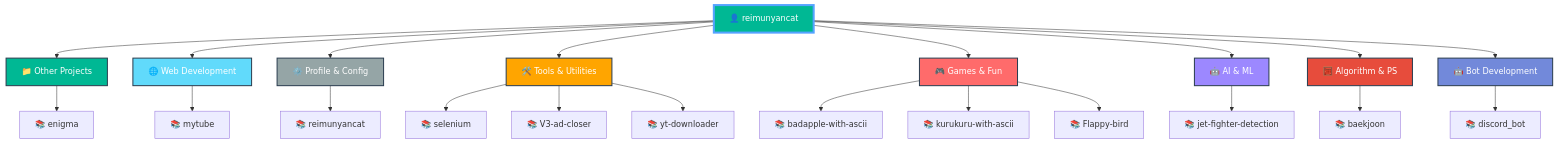
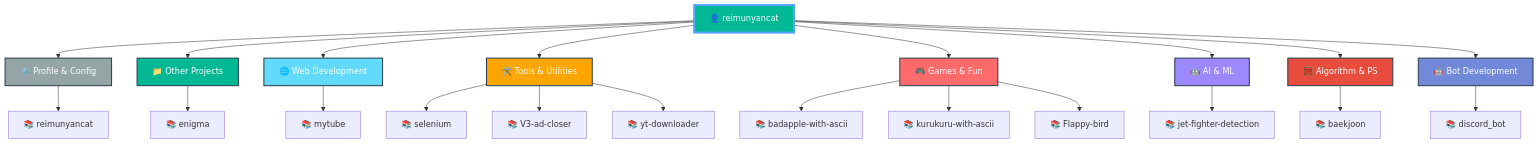
Before and after one commit to reimunyancat/reimunyancat: the diagram in README.md, drawn with Mermaid.

Commit message:
🤖 Auto-update README with latest repositories

````diff
--- a/README.md
+++ b/README.md
@@ -159,42 +159,42 @@
 ```mermaid
 graph TD
   A[👤 reimunyancat]
 
-  A --> CAT0[📁 Other Projects]
-  CAT0 --> CAT0_0[📚 enigma]
+  A --> CAT0[⚙️ Profile & Config]
+  CAT0 --> CAT0_0[📚 reimunyancat]
 
-  A --> CAT1[🌐 Web Development]
-  CAT1 --> CAT1_0[📚 mytube]
+  A --> CAT1[📁 Other Projects]
+  CAT1 --> CAT1_0[📚 enigma]
 
-  A --> CAT2[⚙️ Profile & Config]
-  CAT2 --> CAT2_0[📚 reimunyancat]
+  A --> CAT2[🌐 Web Development]
+  CAT2 --> CAT2_0[📚 mytube]
 
   A --> CAT3[🛠️ Tools & Utilities]
   CAT3 --> CAT3_0[📚 selenium]
   CAT3 --> CAT3_1[📚 V3-ad-closer]
   CAT3 --> CAT3_2[📚 yt-downloader]
 
   A --> CAT4[🎮 Games & Fun]
   CAT4 --> CAT4_0[📚 badapple-with-ascii]
   CAT4 --> CAT4_1[📚 kurukuru-with-ascii]
   CAT4 --> CAT4_2[📚 Flappy-bird]
 
   A --> CAT5[🤖 AI & ML]
   CAT5 --> CAT5_0[📚 jet-fighter-detection]
 
   A --> CAT6[🧮 Algorithm & PS]
   CAT6 --> CAT6_0[📚 baekjoon]
 
   A --> CAT7[🤖 Bot Development]
   CAT7 --> CAT7_0[📚 discord_bot]
 
   style A fill:#00b894,stroke:#55a3ff,stroke-width:4px,color:#fff
-  style CAT0 fill:#00b894,stroke:#2c3e50,stroke-width:2px,color:#fff
-  style CAT1 fill:#61dafb,stroke:#2c3e50,stroke-width:2px,color:#fff
-  style CAT2 fill:#95a5a6,stroke:#2c3e50,stroke-width:2px,color:#fff
+  style CAT0 fill:#95a5a6,stroke:#2c3e50,stroke-width:2px,color:#fff
+  style CAT1 fill:#00b894,stroke:#2c3e50,stroke-width:2px,color:#fff
+  style CAT2 fill:#61dafb,stroke:#2c3e50,stroke-width:2px,color:#fff
   style CAT3 fill:#ffa500,stroke:#2c3e50,stroke-width:2px,color:#fff
   style CAT4 fill:#ff6b6b,stroke:#2c3e50,stroke-width:2px,color:#fff
   style CAT5 fill:#9c88ff,stroke:#2c3e50,stroke-width:2px,color:#fff
   style CAT6 fill:#e74c3c,stroke:#2c3e50,stroke-width:2px,color:#fff
   style CAT7 fill:#7289da,stroke:#2c3e50,stroke-width:2px,color:#fff
 ```
````
